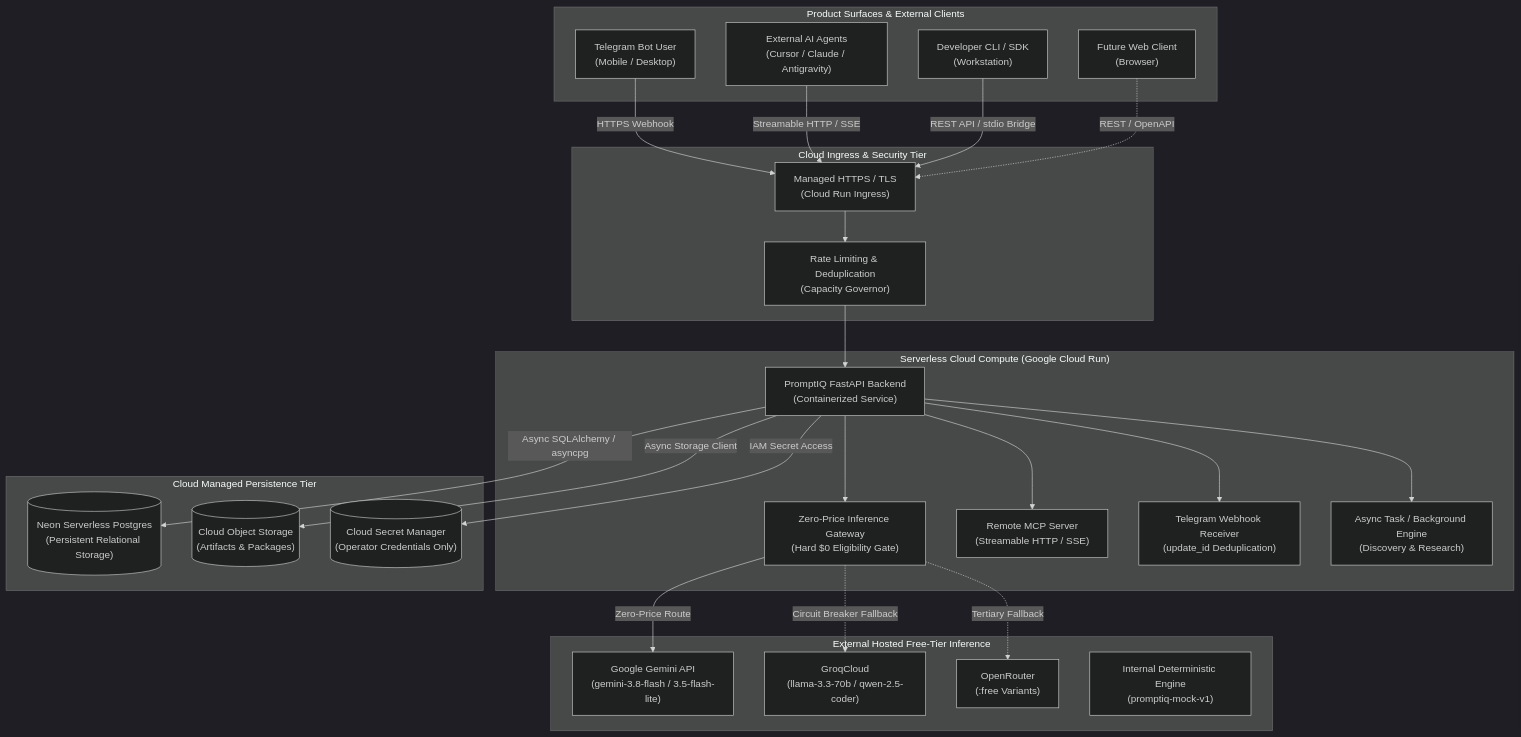
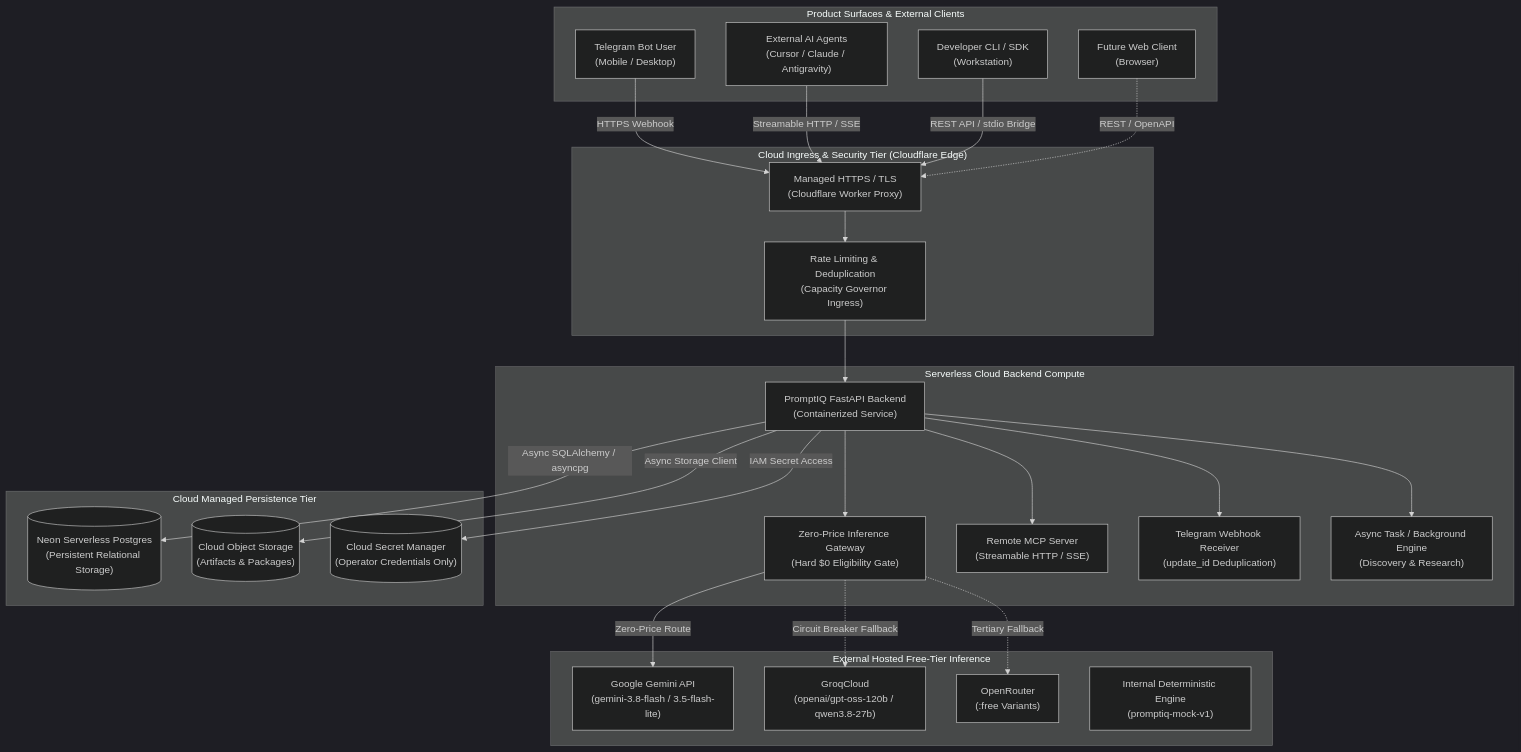
One commit to PRIYESHRAJ17/PromptIQ changed the diagram in docs/CLOUD_ARCHITECTURE.md. Above: the diagram before and after it, drawn with Mermaid (dark theme). The commit also changed other lines of this file and 28 other files, not shown here.

````diff
--- a/docs/CLOUD_ARCHITECTURE.md
+++ b/docs/CLOUD_ARCHITECTURE.md
@@ -10,55 +10,55 @@
 ```mermaid
 flowchart TD
     subgraph Clients["Product Surfaces & External Clients"]
         TG["Telegram Bot User\n(Mobile / Desktop)"]
         EXT_AGENT["External AI Agents\n(Cursor / Claude / Antigravity)"]
         CLI_USER["Developer CLI / SDK\n(Workstation)"]
         WEB_FUTURE["Future Web Client\n(Browser)"]
     end
 
-    subgraph Edge["Cloud Ingress & Security Tier"]
-        HTTPS["Managed HTTPS / TLS\n(Cloud Run Ingress)"]
-        WAF["Rate Limiting & Deduplication\n(Capacity Governor)"]
+    subgraph Edge["Cloud Ingress & Security Tier (Cloudflare Edge)"]
+        HTTPS["Managed HTTPS / TLS\n(Cloudflare Worker Proxy)"]
+        WAF["Rate Limiting & Deduplication\n(Capacity Governor Ingress)"]
     end
 
-    subgraph Compute["Serverless Cloud Compute (Google Cloud Run)"]
+    subgraph Compute["Serverless Cloud Backend Compute"]
         API["PromptIQ FastAPI Backend\n(Containerized Service)"]
         GW["Zero-Price Inference Gateway\n(Hard $0 Eligibility Gate)"]
         REMOTE_MCP["Remote MCP Server\n(Streamable HTTP / SSE)"]
         TG_HOOK["Telegram Webhook Receiver\n(update_id Deduplication)"]
         WORKER["Async Task / Background Engine\n(Discovery & Research)"]
     end
 
     subgraph Persistence["Cloud Managed Persistence Tier"]
         NEON_DB[("Neon Serverless Postgres\n(Persistent Relational Storage)")]
         CLOUD_STORAGE[("Cloud Object Storage\n(Artifacts & Packages)")]
         SECRETS[("Cloud Secret Manager\n(Operator Credentials Only)")]
     end
 
     subgraph InferenceProviders["External Hosted Free-Tier Inference"]
         GEMINI["Google Gemini API\n(gemini-3.8-flash / 3.5-flash-lite)"]
-        GROQ["GroqCloud\n(llama-3.3-70b / qwen-2.5-coder)"]
+        GROQ["GroqCloud\n(openai/gpt-oss-120b / qwen3.8-27b)"]
         OPENROUTER["OpenRouter\n(:free Variants)"]
         MOCK["Internal Deterministic Engine\n(promptiq-mock-v1)"]
     end
 
     TG -->|HTTPS Webhook| HTTPS
     EXT_AGENT -->|Streamable HTTP / SSE| HTTPS
     CLI_USER -->|REST API / stdio Bridge| HTTPS
     WEB_FUTURE -.->|REST / OpenAPI| HTTPS
 
     HTTPS --> WAF
     WAF --> API
     API --> REMOTE_MCP
     API --> TG_HOOK
     API --> WORKER
     API --> GW
 
     GW -->|Zero-Price Route| GEMINI
     GW -.->|Circuit Breaker Fallback| GROQ
     GW -.->|Tertiary Fallback| OPENROUTER
 
     API -->|Async SQLAlchemy / asyncpg| NEON_DB
     API -->|Async Storage Client| CLOUD_STORAGE
     API -->|IAM Secret Access| SECRETS
 ```
````
